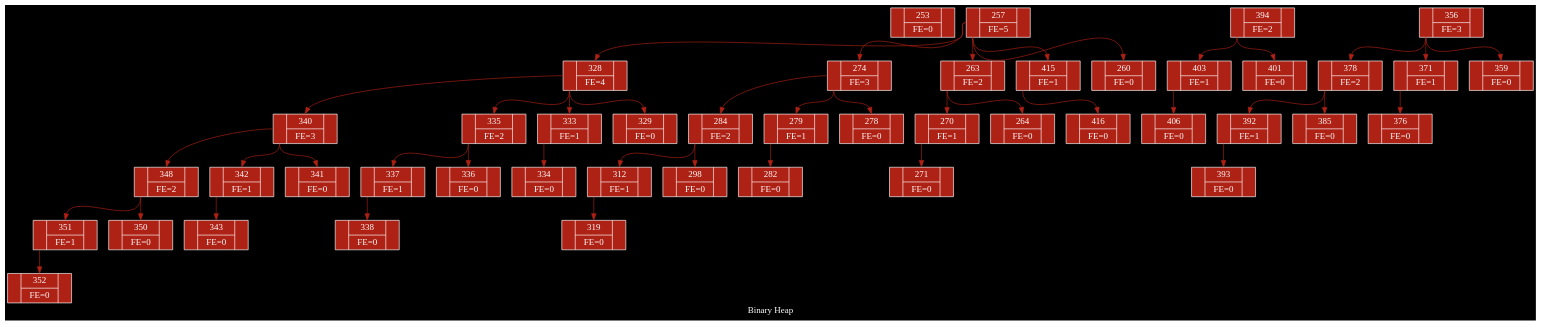
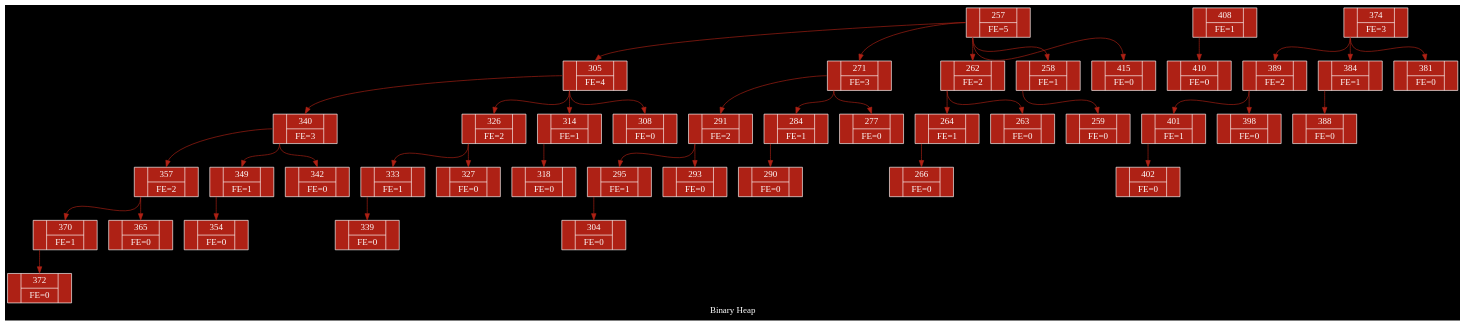
Before and after one commit to AlejandrVilla/colaborativo: the diagram in binomial heap/eli.dot, drawn with Graphviz. The commit also changed 2 other files, not shown here.

```diff
--- a/binomial heap/eli.dot
+++ b/binomial heap/eli.dot
@@ -1,48 +1,46 @@
 digraph G {
 rankdir="TB"
 label= "Binary Heap";
 fontcolor = white
 bgcolor = "black"
 node [shape = record];
-253[color = white fontcolor = white label = "<f0> | {{<f1> 253} | FE=0} | <f2> " style = filled fillcolor = "#AE2115" ]257[color = white fontcolor = white label = "<f0> | {{<f1> 257} | FE=5} | <f2> " style = filled fillcolor = "#AE2115" ]257:f0 -> 328:f1 [color = "#AE2115"];
-328[color = white fontcolor = white label = "<f0> | {{<f1> 328} | FE=4} | <f2> " style = filled fillcolor = "#AE2115" ]328:f0 -> 340:f1 [color = "#AE2115"];
-340[color = white fontcolor = white label = "<f0> | {{<f1> 340} | FE=3} | <f2> " style = filled fillcolor = "#AE2115" ]340:f0 -> 348:f1 [color = "#AE2115"];
-348[color = white fontcolor = white label = "<f0> | {{<f1> 348} | FE=2} | <f2> " style = filled fillcolor = "#AE2115" ]348:f0 -> 351:f1 [color = "#AE2115"];
-351[color = white fontcolor = white label = "<f0> | {{<f1> 351} | FE=1} | <f2> " style = filled fillcolor = "#AE2115" ]351:f0 -> 352:f1 [color = "#AE2115"];
-352[color = white fontcolor = white label = "<f0> | {{<f1> 352} | FE=0} | <f2> " style = filled fillcolor = "#AE2115" ]348:f0 -> 350:f1 [color = "#AE2115"];
-350[color = white fontcolor = white label = "<f0> | {{<f1> 350} | FE=0} | <f2> " style = filled fillcolor = "#AE2115" ]340:f0 -> 342:f1 [color = "#AE2115"];
-342[color = white fontcolor = white label = "<f0> | {{<f1> 342} | FE=1} | <f2> " style = filled fillcolor = "#AE2115" ]342:f0 -> 343:f1 [color = "#AE2115"];
-343[color = white fontcolor = white label = "<f0> | {{<f1> 343} | FE=0} | <f2> " style = filled fillcolor = "#AE2115" ]340:f0 -> 341:f1 [color = "#AE2115"];
-341[color = white fontcolor = white label = "<f0> | {{<f1> 341} | FE=0} | <f2> " style = filled fillcolor = "#AE2115" ]328:f0 -> 335:f1 [color = "#AE2115"];
-335[color = white fontcolor = white label = "<f0> | {{<f1> 335} | FE=2} | <f2> " style = filled fillcolor = "#AE2115" ]335:f0 -> 337:f1 [color = "#AE2115"];
-337[color = white fontcolor = white label = "<f0> | {{<f1> 337} | FE=1} | <f2> " style = filled fillcolor = "#AE2115" ]337:f0 -> 338:f1 [color = "#AE2115"];
-338[color = white fontcolor = white label = "<f0> | {{<f1> 338} | FE=0} | <f2> " style = filled fillcolor = "#AE2115" ]335:f0 -> 336:f1 [color = "#AE2115"];
-336[color = white fontcolor = white label = "<f0> | {{<f1> 336} | FE=0} | <f2> " style = filled fillcolor = "#AE2115" ]328:f0 -> 333:f1 [color = "#AE2115"];
-333[color = white fontcolor = white label = "<f0> | {{<f1> 333} | FE=1} | <f2> " style = filled fillcolor = "#AE2115" ]333:f0 -> 334:f1 [color = "#AE2115"];
-334[color = white fontcolor = white label = "<f0> | {{<f1> 334} | FE=0} | <f2> " style = filled fillcolor = "#AE2115" ]328:f0 -> 329:f1 [color = "#AE2115"];
-329[color = white fontcolor = white label = "<f0> | {{<f1> 329} | FE=0} | <f2> " style = filled fillcolor = "#AE2115" ]257:f0 -> 274:f1 [color = "#AE2115"];
-274[color = white fontcolor = white label = "<f0> | {{<f1> 274} | FE=3} | <f2> " style = filled fillcolor = "#AE2115" ]274:f0 -> 284:f1 [color = "#AE2115"];
-284[color = white fontcolor = white label = "<f0> | {{<f1> 284} | FE=2} | <f2> " style = filled fillcolor = "#AE2115" ]284:f0 -> 312:f1 [color = "#AE2115"];
-312[color = white fontcolor = white label = "<f0> | {{<f1> 312} | FE=1} | <f2> " style = filled fillcolor = "#AE2115" ]312:f0 -> 319:f1 [color = "#AE2115"];
-319[color = white fontcolor = white label = "<f0> | {{<f1> 319} | FE=0} | <f2> " style = filled fillcolor = "#AE2115" ]284:f0 -> 298:f1 [color = "#AE2115"];
-298[color = white fontcolor = white label = "<f0> | {{<f1> 298} | FE=0} | <f2> " style = filled fillcolor = "#AE2115" ]274:f0 -> 279:f1 [color = "#AE2115"];
-279[color = white fontcolor = white label = "<f0> | {{<f1> 279} | FE=1} | <f2> " style = filled fillcolor = "#AE2115" ]279:f0 -> 282:f1 [color = "#AE2115"];
-282[color = white fontcolor = white label = "<f0> | {{<f1> 282} | FE=0} | <f2> " style = filled fillcolor = "#AE2115" ]274:f0 -> 278:f1 [color = "#AE2115"];
-278[color = white fontcolor = white label = "<f0> | {{<f1> 278} | FE=0} | <f2> " style = filled fillcolor = "#AE2115" ]257:f0 -> 263:f1 [color = "#AE2115"];
-263[color = white fontcolor = white label = "<f0> | {{<f1> 263} | FE=2} | <f2> " style = filled fillcolor = "#AE2115" ]263:f0 -> 270:f1 [color = "#AE2115"];
-270[color = white fontcolor = white label = "<f0> | {{<f1> 270} | FE=1} | <f2> " style = filled fillcolor = "#AE2115" ]270:f0 -> 271:f1 [color = "#AE2115"];
-271[color = white fontcolor = white label = "<f0> | {{<f1> 271} | FE=0} | <f2> " style = filled fillcolor = "#AE2115" ]263:f0 -> 264:f1 [color = "#AE2115"];
-264[color = white fontcolor = white label = "<f0> | {{<f1> 264} | FE=0} | <f2> " style = filled fillcolor = "#AE2115" ]257:f0 -> 415:f1 [color = "#AE2115"];
-415[color = white fontcolor = white label = "<f0> | {{<f1> 415} | FE=1} | <f2> " style = filled fillcolor = "#AE2115" ]415:f0 -> 416:f1 [color = "#AE2115"];
-416[color = white fontcolor = white label = "<f0> | {{<f1> 416} | FE=0} | <f2> " style = filled fillcolor = "#AE2115" ]257:f0 -> 260:f1 [color = "#AE2115"];
-260[color = white fontcolor = white label = "<f0> | {{<f1> 260} | FE=0} | <f2> " style = filled fillcolor = "#AE2115" ]394[color = white fontcolor = white label = "<f0> | {{<f1> 394} | FE=2} | <f2> " style = filled fillcolor = "#AE2115" ]394:f0 -> 403:f1 [color = "#AE2115"];
-403[color = white fontcolor = white label = "<f0> | {{<f1> 403} | FE=1} | <f2> " style = filled fillcolor = "#AE2115" ]403:f0 -> 406:f1 [color = "#AE2115"];
-406[color = white fontcolor = white label = "<f0> | {{<f1> 406} | FE=0} | <f2> " style = filled fillcolor = "#AE2115" ]394:f0 -> 401:f1 [color = "#AE2115"];
-401[color = white fontcolor = white label = "<f0> | {{<f1> 401} | FE=0} | <f2> " style = filled fillcolor = "#AE2115" ]356[color = white fontcolor = white label = "<f0> | {{<f1> 356} | FE=3} | <f2> " style = filled fillcolor = "#AE2115" ]356:f0 -> 378:f1 [color = "#AE2115"];
-378[color = white fontcolor = white label = "<f0> | {{<f1> 378} | FE=2} | <f2> " style = filled fillcolor = "#AE2115" ]378:f0 -> 392:f1 [color = "#AE2115"];
-392[color = white fontcolor = white label = "<f0> | {{<f1> 392} | FE=1} | <f2> " style = filled fillcolor = "#AE2115" ]392:f0 -> 393:f1 [color = "#AE2115"];
-393[color = white fontcolor = white label = "<f0> | {{<f1> 393} | FE=0} | <f2> " style = filled fillcolor = "#AE2115" ]378:f0 -> 385:f1 [color = "#AE2115"];
-385[color = white fontcolor = white label = "<f0> | {{<f1> 385} | FE=0} | <f2> " style = filled fillcolor = "#AE2115" ]356:f0 -> 371:f1 [color = "#AE2115"];
-371[color = white fontcolor = white label = "<f0> | {{<f1> 371} | FE=1} | <f2> " style = filled fillcolor = "#AE2115" ]371:f0 -> 376:f1 [color = "#AE2115"];
-376[color = white fontcolor = white label = "<f0> | {{<f1> 376} | FE=0} | <f2> " style = filled fillcolor = "#AE2115" ]356:f0 -> 359:f1 [color = "#AE2115"];
-359[color = white fontcolor = white label = "<f0> | {{<f1> 359} | FE=0} | <f2> " style = filled fillcolor = "#AE2115" ]}
+257[color = white fontcolor = white label = "<f0> | {{<f1> 257} | FE=5} | <f2> " style = filled fillcolor = "#AE2115" ]257:f0 -> 305:f1 [color = "#AE2115"];
+305[color = white fontcolor = white label = "<f0> | {{<f1> 305} | FE=4} | <f2> " style = filled fillcolor = "#AE2115" ]305:f0 -> 340:f1 [color = "#AE2115"];
+340[color = white fontcolor = white label = "<f0> | {{<f1> 340} | FE=3} | <f2> " style = filled fillcolor = "#AE2115" ]340:f0 -> 357:f1 [color = "#AE2115"];
+357[color = white fontcolor = white label = "<f0> | {{<f1> 357} | FE=2} | <f2> " style = filled fillcolor = "#AE2115" ]357:f0 -> 370:f1 [color = "#AE2115"];
+370[color = white fontcolor = white label = "<f0> | {{<f1> 370} | FE=1} | <f2> " style = filled fillcolor = "#AE2115" ]370:f0 -> 372:f1 [color = "#AE2115"];
+372[color = white fontcolor = white label = "<f0> | {{<f1> 372} | FE=0} | <f2> " style = filled fillcolor = "#AE2115" ]357:f0 -> 365:f1 [color = "#AE2115"];
+365[color = white fontcolor = white label = "<f0> | {{<f1> 365} | FE=0} | <f2> " style = filled fillcolor = "#AE2115" ]340:f0 -> 349:f1 [color = "#AE2115"];
+349[color = white fontcolor = white label = "<f0> | {{<f1> 349} | FE=1} | <f2> " style = filled fillcolor = "#AE2115" ]349:f0 -> 354:f1 [color = "#AE2115"];
+354[color = white fontcolor = white label = "<f0> | {{<f1> 354} | FE=0} | <f2> " style = filled fillcolor = "#AE2115" ]340:f0 -> 342:f1 [color = "#AE2115"];
+342[color = white fontcolor = white label = "<f0> | {{<f1> 342} | FE=0} | <f2> " style = filled fillcolor = "#AE2115" ]305:f0 -> 326:f1 [color = "#AE2115"];
+326[color = white fontcolor = white label = "<f0> | {{<f1> 326} | FE=2} | <f2> " style = filled fillcolor = "#AE2115" ]326:f0 -> 333:f1 [color = "#AE2115"];
+333[color = white fontcolor = white label = "<f0> | {{<f1> 333} | FE=1} | <f2> " style = filled fillcolor = "#AE2115" ]333:f0 -> 339:f1 [color = "#AE2115"];
+339[color = white fontcolor = white label = "<f0> | {{<f1> 339} | FE=0} | <f2> " style = filled fillcolor = "#AE2115" ]326:f0 -> 327:f1 [color = "#AE2115"];
+327[color = white fontcolor = white label = "<f0> | {{<f1> 327} | FE=0} | <f2> " style = filled fillcolor = "#AE2115" ]305:f0 -> 314:f1 [color = "#AE2115"];
+314[color = white fontcolor = white label = "<f0> | {{<f1> 314} | FE=1} | <f2> " style = filled fillcolor = "#AE2115" ]314:f0 -> 318:f1 [color = "#AE2115"];
+318[color = white fontcolor = white label = "<f0> | {{<f1> 318} | FE=0} | <f2> " style = filled fillcolor = "#AE2115" ]305:f0 -> 308:f1 [color = "#AE2115"];
+308[color = white fontcolor = white label = "<f0> | {{<f1> 308} | FE=0} | <f2> " style = filled fillcolor = "#AE2115" ]257:f0 -> 271:f1 [color = "#AE2115"];
+271[color = white fontcolor = white label = "<f0> | {{<f1> 271} | FE=3} | <f2> " style = filled fillcolor = "#AE2115" ]271:f0 -> 291:f1 [color = "#AE2115"];
+291[color = white fontcolor = white label = "<f0> | {{<f1> 291} | FE=2} | <f2> " style = filled fillcolor = "#AE2115" ]291:f0 -> 295:f1 [color = "#AE2115"];
+295[color = white fontcolor = white label = "<f0> | {{<f1> 295} | FE=1} | <f2> " style = filled fillcolor = "#AE2115" ]295:f0 -> 304:f1 [color = "#AE2115"];
+304[color = white fontcolor = white label = "<f0> | {{<f1> 304} | FE=0} | <f2> " style = filled fillcolor = "#AE2115" ]291:f0 -> 293:f1 [color = "#AE2115"];
+293[color = white fontcolor = white label = "<f0> | {{<f1> 293} | FE=0} | <f2> " style = filled fillcolor = "#AE2115" ]271:f0 -> 284:f1 [color = "#AE2115"];
+284[color = white fontcolor = white label = "<f0> | {{<f1> 284} | FE=1} | <f2> " style = filled fillcolor = "#AE2115" ]284:f0 -> 290:f1 [color = "#AE2115"];
+290[color = white fontcolor = white label = "<f0> | {{<f1> 290} | FE=0} | <f2> " style = filled fillcolor = "#AE2115" ]271:f0 -> 277:f1 [color = "#AE2115"];
+277[color = white fontcolor = white label = "<f0> | {{<f1> 277} | FE=0} | <f2> " style = filled fillcolor = "#AE2115" ]257:f0 -> 262:f1 [color = "#AE2115"];
+262[color = white fontcolor = white label = "<f0> | {{<f1> 262} | FE=2} | <f2> " style = filled fillcolor = "#AE2115" ]262:f0 -> 264:f1 [color = "#AE2115"];
+264[color = white fontcolor = white label = "<f0> | {{<f1> 264} | FE=1} | <f2> " style = filled fillcolor = "#AE2115" ]264:f0 -> 266:f1 [color = "#AE2115"];
+266[color = white fontcolor = white label = "<f0> | {{<f1> 266} | FE=0} | <f2> " style = filled fillcolor = "#AE2115" ]262:f0 -> 263:f1 [color = "#AE2115"];
+263[color = white fontcolor = white label = "<f0> | {{<f1> 263} | FE=0} | <f2> " style = filled fillcolor = "#AE2115" ]257:f0 -> 258:f1 [color = "#AE2115"];
+258[color = white fontcolor = white label = "<f0> | {{<f1> 258} | FE=1} | <f2> " style = filled fillcolor = "#AE2115" ]258:f0 -> 259:f1 [color = "#AE2115"];
+259[color = white fontcolor = white label = "<f0> | {{<f1> 259} | FE=0} | <f2> " style = filled fillcolor = "#AE2115" ]257:f0 -> 415:f1 [color = "#AE2115"];
+415[color = white fontcolor = white label = "<f0> | {{<f1> 415} | FE=0} | <f2> " style = filled fillcolor = "#AE2115" ]408[color = white fontcolor = white label = "<f0> | {{<f1> 408} | FE=1} | <f2> " style = filled fillcolor = "#AE2115" ]408:f0 -> 410:f1 [color = "#AE2115"];
+410[color = white fontcolor = white label = "<f0> | {{<f1> 410} | FE=0} | <f2> " style = filled fillcolor = "#AE2115" ]374[color = white fontcolor = white label = "<f0> | {{<f1> 374} | FE=3} | <f2> " style = filled fillcolor = "#AE2115" ]374:f0 -> 389:f1 [color = "#AE2115"];
+389[color = white fontcolor = white label = "<f0> | {{<f1> 389} | FE=2} | <f2> " style = filled fillcolor = "#AE2115" ]389:f0 -> 401:f1 [color = "#AE2115"];
+401[color = white fontcolor = white label = "<f0> | {{<f1> 401} | FE=1} | <f2> " style = filled fillcolor = "#AE2115" ]401:f0 -> 402:f1 [color = "#AE2115"];
+402[color = white fontcolor = white label = "<f0> | {{<f1> 402} | FE=0} | <f2> " style = filled fillcolor = "#AE2115" ]389:f0 -> 398:f1 [color = "#AE2115"];
+398[color = white fontcolor = white label = "<f0> | {{<f1> 398} | FE=0} | <f2> " style = filled fillcolor = "#AE2115" ]374:f0 -> 384:f1 [color = "#AE2115"];
+384[color = white fontcolor = white label = "<f0> | {{<f1> 384} | FE=1} | <f2> " style = filled fillcolor = "#AE2115" ]384:f0 -> 388:f1 [color = "#AE2115"];
+388[color = white fontcolor = white label = "<f0> | {{<f1> 388} | FE=0} | <f2> " style = filled fillcolor = "#AE2115" ]374:f0 -> 381:f1 [color = "#AE2115"];
+381[color = white fontcolor = white label = "<f0> | {{<f1> 381} | FE=0} | <f2> " style = filled fillcolor = "#AE2115" ]}
```
